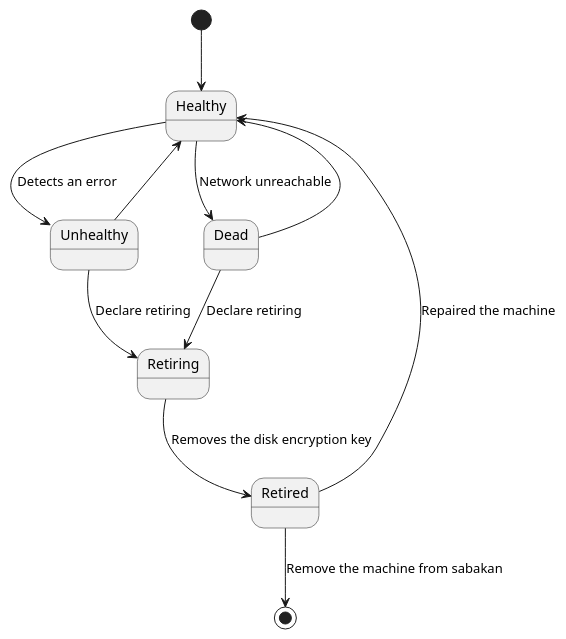
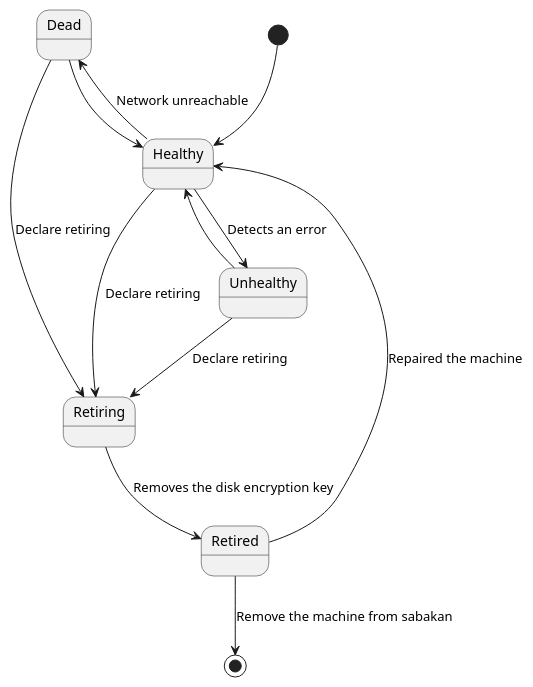
The diagram in docs/lifecycle.md (cybozu-go/sabakan), drawn with PlantUML before and after one commit. The commit also changed other lines of this file and 1 other file, not shown here.

```diff
--- a/docs/lifecycle.md
+++ b/docs/lifecycle.md
@@ -34,12 +34,13 @@
 @startuml
 [*] --> Healthy
-Healthy --> Unhealthy: Detects an error
-Healthy --> Dead: Network unreachable
+Healthy -right-> Unhealthy: Detects an error
+Healthy -left-> Dead: Network unreachable
+Healthy --> Retiring: Declare retiring
 Unhealthy --> Retiring: Declare retiring
 Unhealthy --> Healthy
 Dead --> Retiring: Declare retiring
 Dead --> Healthy
 Retiring --> Retired: Removes the disk encryption key
+Retired --> Healthy: Repaired the machine
 Retired --> [*]: Remove the machine from sabakan
-Retired --> Healthy: Repaired the machine
 @enduml
```
